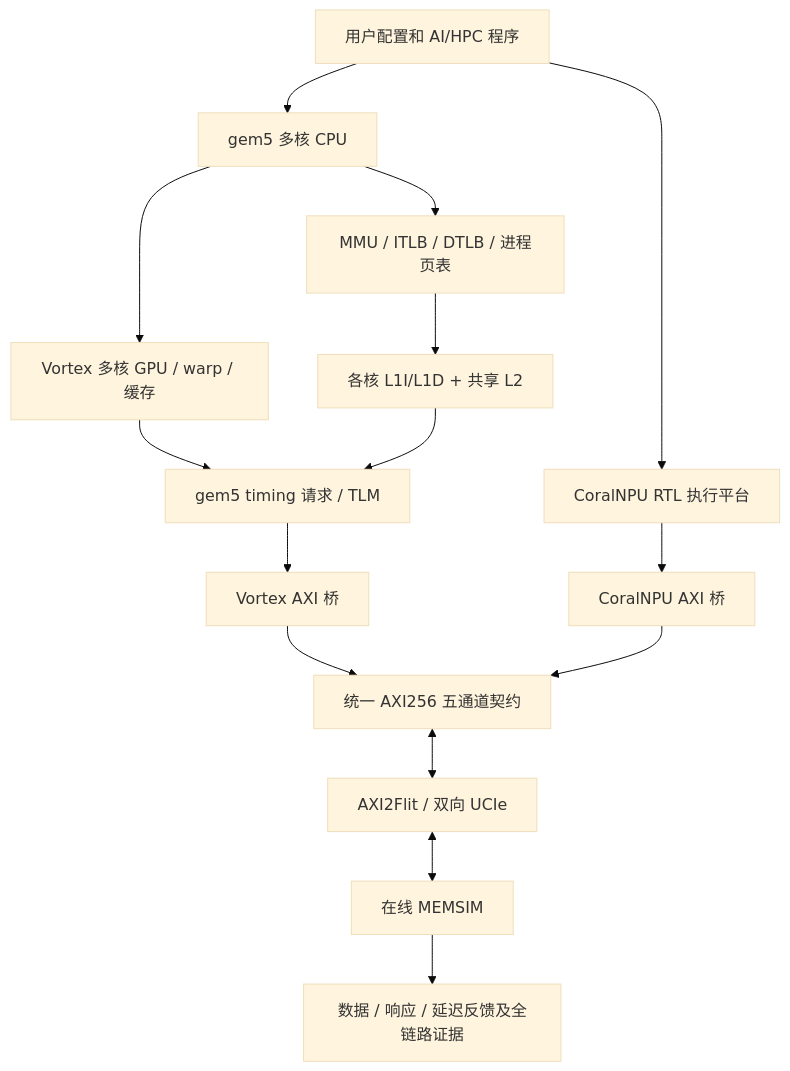
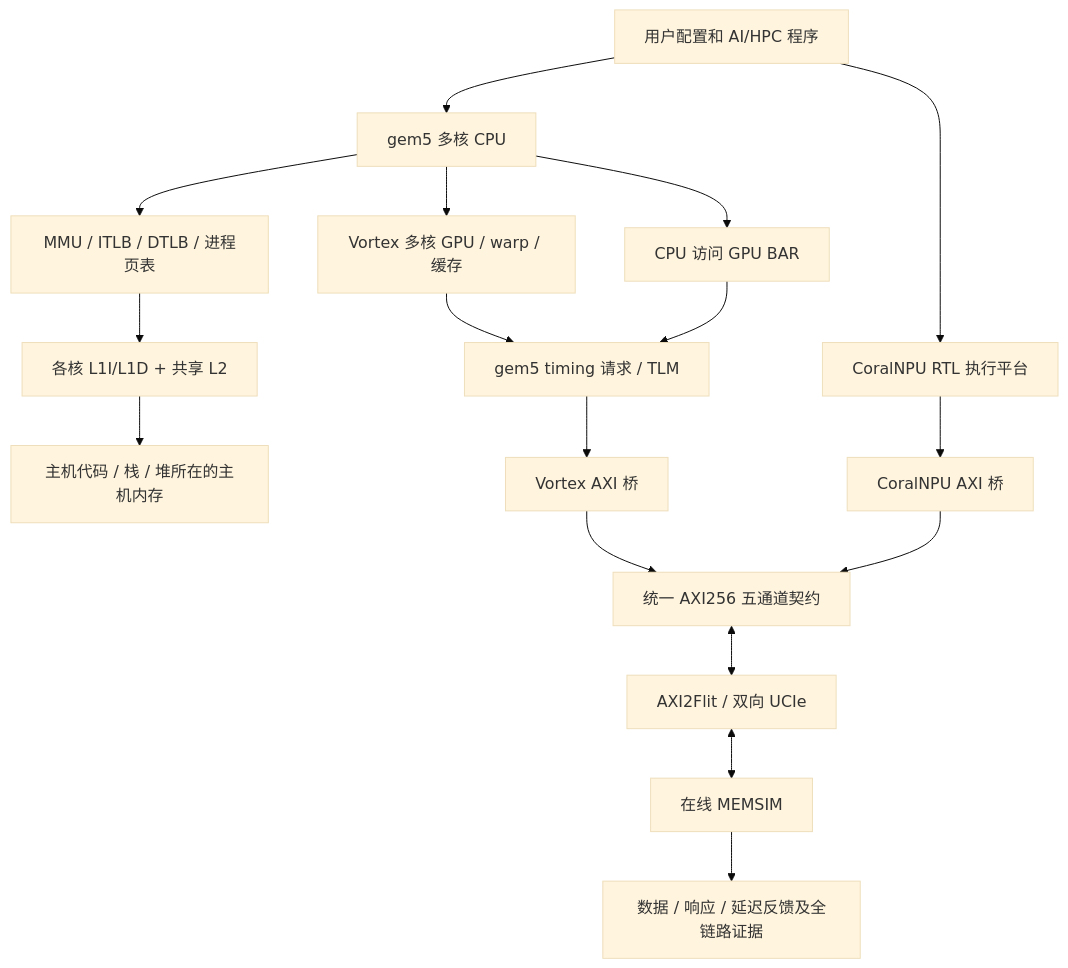
One commit to hy2581/vortex_StorageStacked changed the first of 3 diagrams in docs/05-研究成果一分析.md. Above: the diagram before and after it, drawn with Mermaid (base theme). The commit also changed other lines of this file and 5 other files, not shown here.

Commit message:
Document CPU GPU roles and gem5 multicore usage

````diff
--- a/docs/05-研究成果一分析.md
+++ b/docs/05-研究成果一分析.md
@@ -7,17 +7,19 @@
 ```mermaid
 flowchart TD
     U[用户配置和 AI/HPC 程序] --> H[gem5 多核 CPU]
     H --> M[MMU / ITLB / DTLB / 进程页表]
     M --> C[各核 L1I/L1D + 共享 L2]
     H --> G[Vortex 多核 GPU / warp / 缓存]
     U --> N[CoralNPU RTL 执行平台]
     G --> T[gem5 timing 请求 / TLM]
-    C --> T
+    C --> P[主机代码 / 栈 / 堆所在的主机内存]
+    H --> B[CPU 访问 GPU BAR]
+    B --> T
     T --> X[Vortex AXI 桥]
     N --> Y[CoralNPU AXI 桥]
     X --> A[统一 AXI256 五通道契约]
     Y --> A
     A <--> F[AXI2Flit / 双向 UCIe]
     F <--> S[在线 MEMSIM]
     S --> E[数据 / 响应 / 延迟反馈及全链路证据]
 ```
````
